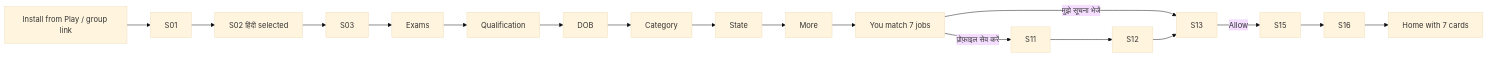
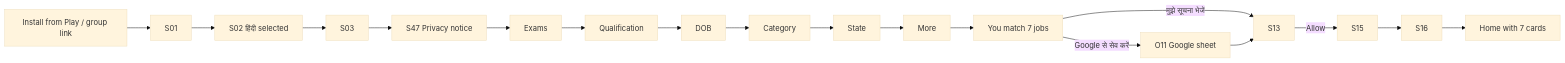
Before and after one commit to amanroy3901/job-vac: the second of 11 diagrams in docs/design/03-scenarios.md, drawn with Mermaid (base theme). The commit also changed other lines of this file and 8 other files, not shown here.

````diff
--- a/docs/design/03-scenarios.md
+++ b/docs/design/03-scenarios.md
@@ -71,6 +74,6 @@
 ```mermaid
 flowchart LR
-  A[Install from Play / group link] --> S01 --> S02[S02 हिंदी selected] --> S03 --> S04[Exams] --> S05[Qualification] --> S06[DOB] --> S07[Category] --> S08[State] --> S09[More] --> S10[You match 7 jobs]
+  A[Install from Play / group link] --> S01 --> S02[S02 हिंदी selected] --> S03 --> S47[S47 Privacy notice] --> S04[Exams] --> S05[Qualification] --> S06[DOB] --> S07[Category] --> S08[State] --> S09[More] --> S10[You match 7 jobs]
   S10 -->|मुझे सूचना भेजें| S13 -->|Allow| S15 --> S16 --> S20[Home with 7 cards]
-  S10 -->|प्रोफ़ाइल सेव करें| S11 --> S12 --> S13
+  S10 -->|Google से सेव करें| O11[O11 Google sheet] --> S13
 ```
````
